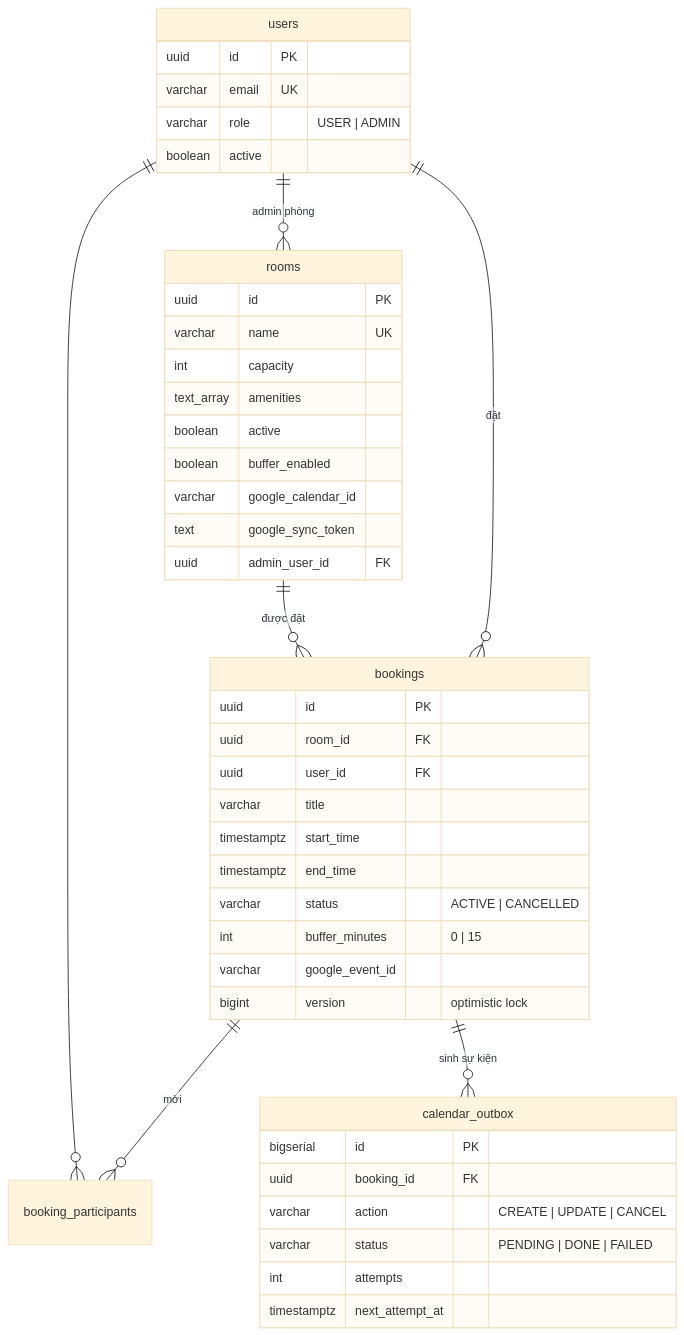
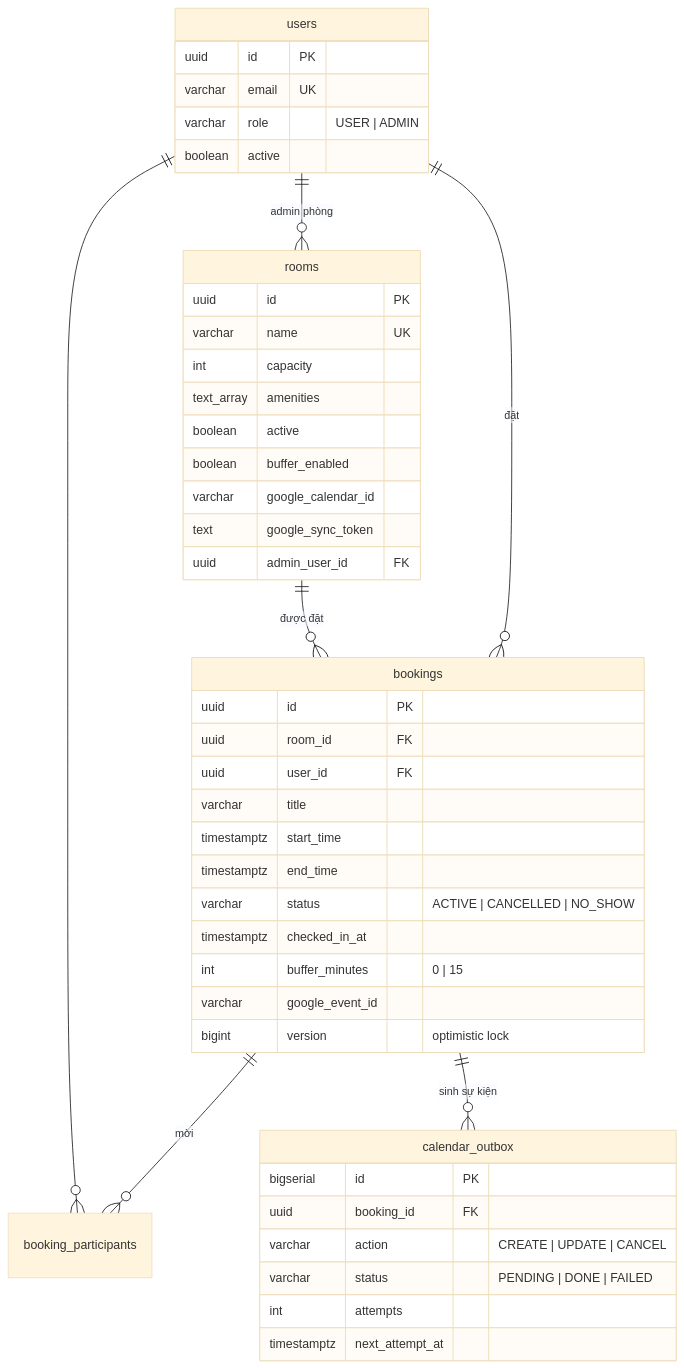
Before and after one commit to pxthinh/interview-dki: the diagram in README.md, drawn with Mermaid (base theme). The commit also changed other lines of this file and 3 other files, not shown here.

````diff
--- a/README.md
+++ b/README.md
@@ -91,47 +93,48 @@
 ```mermaid
 erDiagram
     users ||--o{ bookings : "đặt"
     rooms ||--o{ bookings : "được đặt"
     users ||--o{ rooms : "admin phòng"
     bookings ||--o{ booking_participants : "mời"
     users ||--o{ booking_participants : ""
     bookings ||--o{ calendar_outbox : "sinh sự kiện"
 
     users {
         uuid id PK
         varchar email UK
         varchar role "USER | ADMIN"
         boolean active
     }
     rooms {
         uuid id PK
         varchar name UK
         int capacity
         text_array amenities
         boolean active
         boolean buffer_enabled
         varchar google_calendar_id
         text google_sync_token
         uuid admin_user_id FK
     }
     bookings {
         uuid id PK
         uuid room_id FK
         uuid user_id FK
         varchar title
         timestamptz start_time
         timestamptz end_time
-        varchar status "ACTIVE | CANCELLED"
+        varchar status "ACTIVE | CANCELLED | NO_SHOW"
+        timestamptz checked_in_at
         int buffer_minutes "0 | 15"
         varchar google_event_id
         bigint version "optimistic lock"
     }
     calendar_outbox {
         bigserial id PK
         uuid booking_id FK
         varchar action "CREATE | UPDATE | CANCEL"
         varchar status "PENDING | DONE | FAILED"
         int attempts
         timestamptz next_attempt_at
     }
 ```
````
